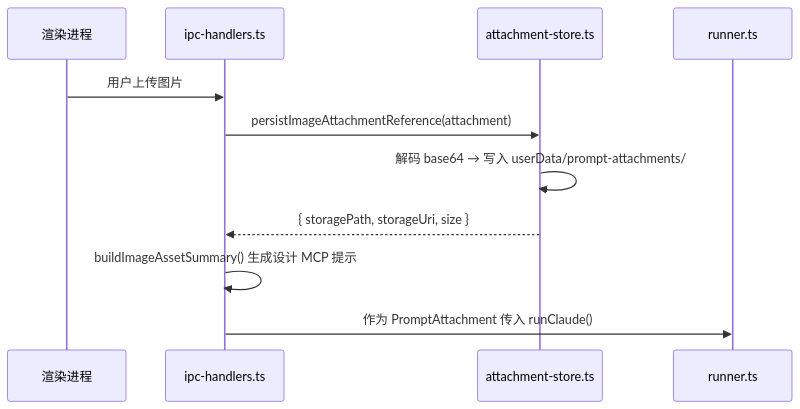
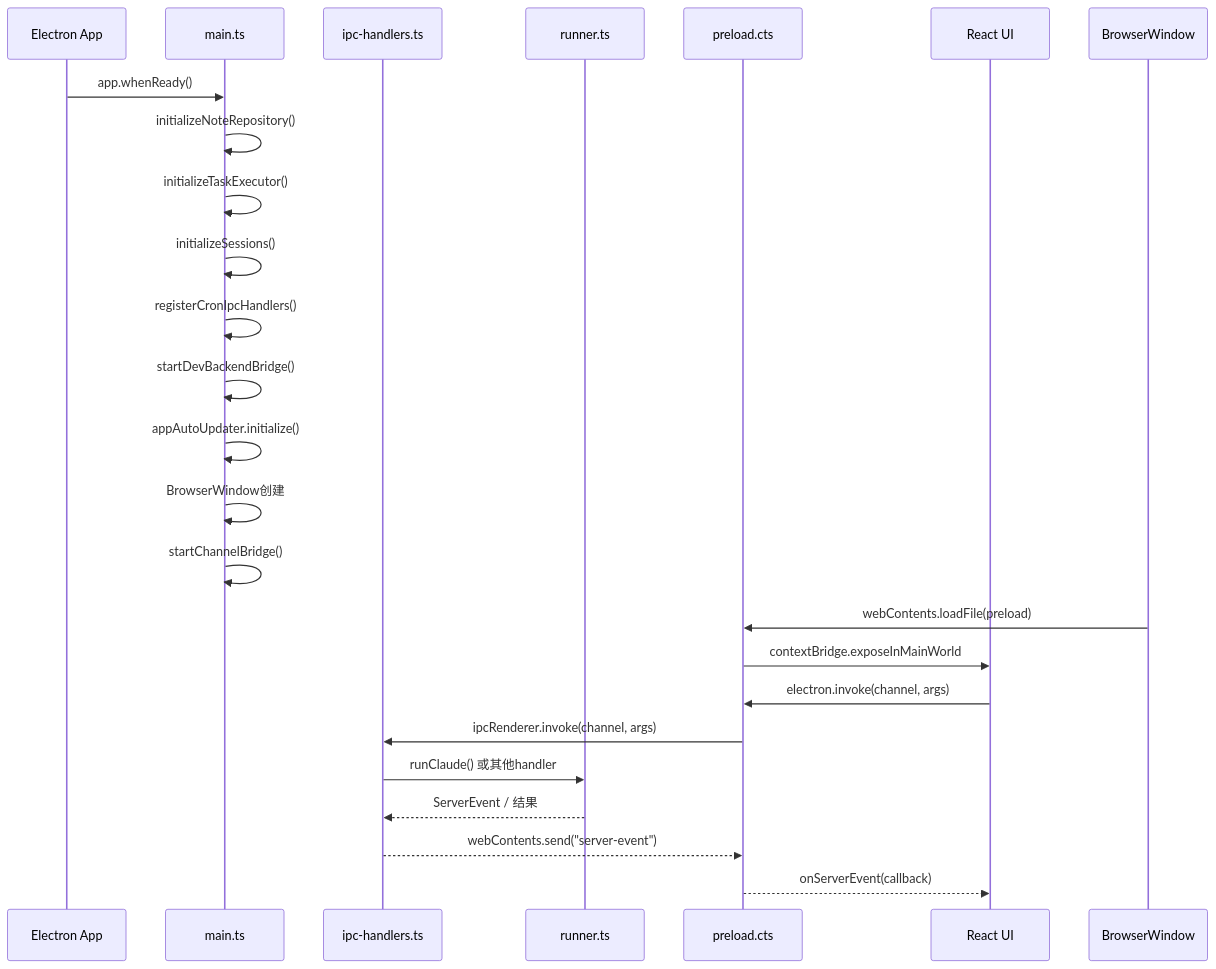
Before and after one commit to lst016/tech-cc-hub: the first of 2 diagrams in .tech/repowiki/zh/content/核心模块规格/Electron 主进程服务总览.md, drawn with Mermaid. The commit also changed other lines of this file and 129 other files, not shown here.

````diff
--- a/.tech/repowiki/zh/content/核心模块规格/Electron 主进程服务总览.md
+++ b/.tech/repowiki/zh/content/核心模块规格/Electron 主进程服务总览.md
@@ -196,14 +74,27 @@
 ```mermaid
 sequenceDiagram
-    participant UI as 渲染进程
+    participant App as Electron App
+    participant Main as main.ts
     participant IPC as ipc-handlers.ts
-    participant Store as attachment-store.ts
     participant Runner as runner.ts
+    participant Preload as preload.cts
+    participant Renderer as React UI
 
-    UI->>IPC: 用户上传图片
-    IPC->>Store: persistImageAttachmentReference(attachment)
-    Store->>Store: 解码 base64 → 写入 userData/prompt-attachments/
-    Store-->>IPC: { storagePath, storageUri, size }
-    IPC->>IPC: buildImageAssetSummary() 生成设计 MCP 提示
-    IPC->>Runner: 作为 PromptAttachment 传入 runClaude()
+    App->>Main: app.whenReady()
+    Main->>Main: initializeNoteRepository()
+    Main->>Main: initializeTaskExecutor()
+    Main->>Main: initializeSessions()
+    Main->>Main: registerCronIpcHandlers()
+    Main->>Main: startDevBackendBridge()
+    Main->>Main: appAutoUpdater.initialize()
+    Main->>Main: BrowserWindow创建
+    Main->>Main: startChannelBridge()
+    BrowserWindow->>Preload: webContents.loadFile(preload)
+    Preload->>Renderer: contextBridge.exposeInMainWorld
+    Renderer->>Preload: electron.invoke(channel, args)
+    Preload->>IPC: ipcRenderer.invoke(channel, args)
+    IPC->>Runner: runClaude() 或其他handler
+    Runner-->>IPC: ServerEvent / 结果
+    IPC-->>Preload: webContents.send("server-event")
+    Preload-->>Renderer: onServerEvent(callback)
 ```
````
